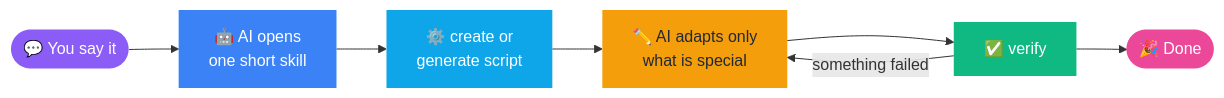
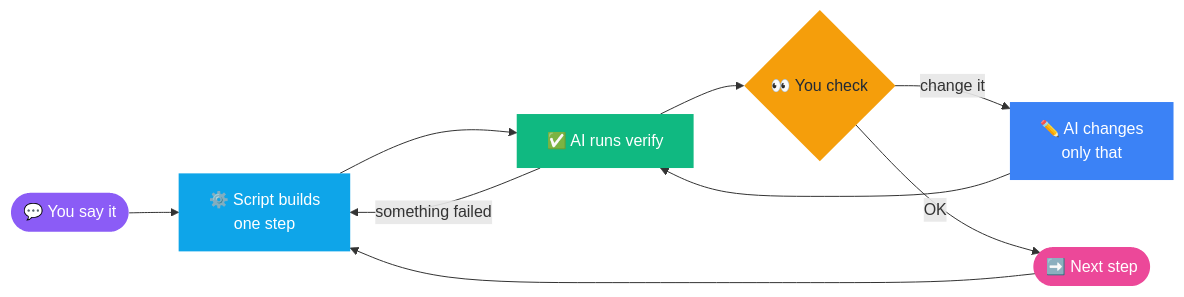
Before and after one commit to Pandi2352/frontend-skills: the diagram in README.md, drawn with Mermaid. The commit also changed other lines of this file and 13 other files, not shown here.

First line of the commit message:
Build new projects one step at a time

````diff
--- a/README.md
+++ b/README.md
@@ -257,15 +281,17 @@
 ```mermaid
 flowchart LR
-    A([💬 You say it]) --> B[🤖 AI opens<br/>one short skill]
-    B --> C[⚙️ create or<br/>generate script]
-    C --> D[✏️ AI adapts only<br/>what is special]
-    D --> E[✅ verify]
-    E -->|something failed| D
-    E --> F([🎉 Done])
+    A([💬 You say it]) --> B[⚙️ Script builds<br/>one step]
+    B --> C[✅ AI runs verify]
+    C -->|something failed| B
+    C --> D{👀 You check}
+    D -->|change it| E[✏️ AI changes<br/>only that]
+    E --> C
+    D -->|OK| F([➡️ Next step])
+    F --> B
     style A fill:#8b5cf6,color:#fff,stroke:none
-    style B fill:#3b82f6,color:#fff,stroke:none
-    style C fill:#0ea5e9,color:#fff,stroke:none
+    style B fill:#0ea5e9,color:#fff,stroke:none
+    style C fill:#10b981,color:#fff,stroke:none
     style D fill:#f59e0b,color:#1f2937,stroke:none
-    style E fill:#10b981,color:#fff,stroke:none
+    style E fill:#3b82f6,color:#fff,stroke:none
     style F fill:#ec4899,color:#fff,stroke:none
 ```
````
